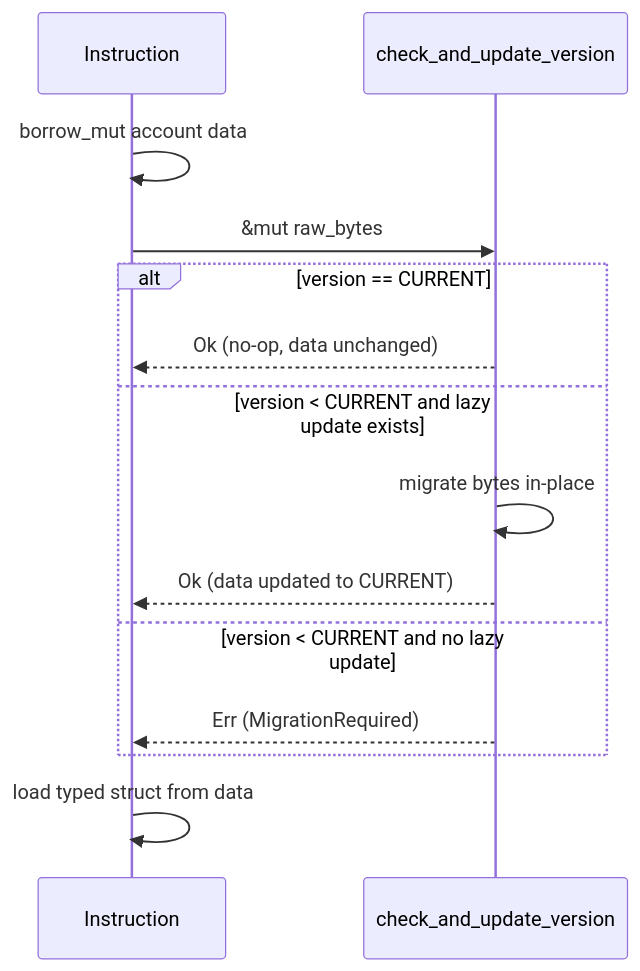
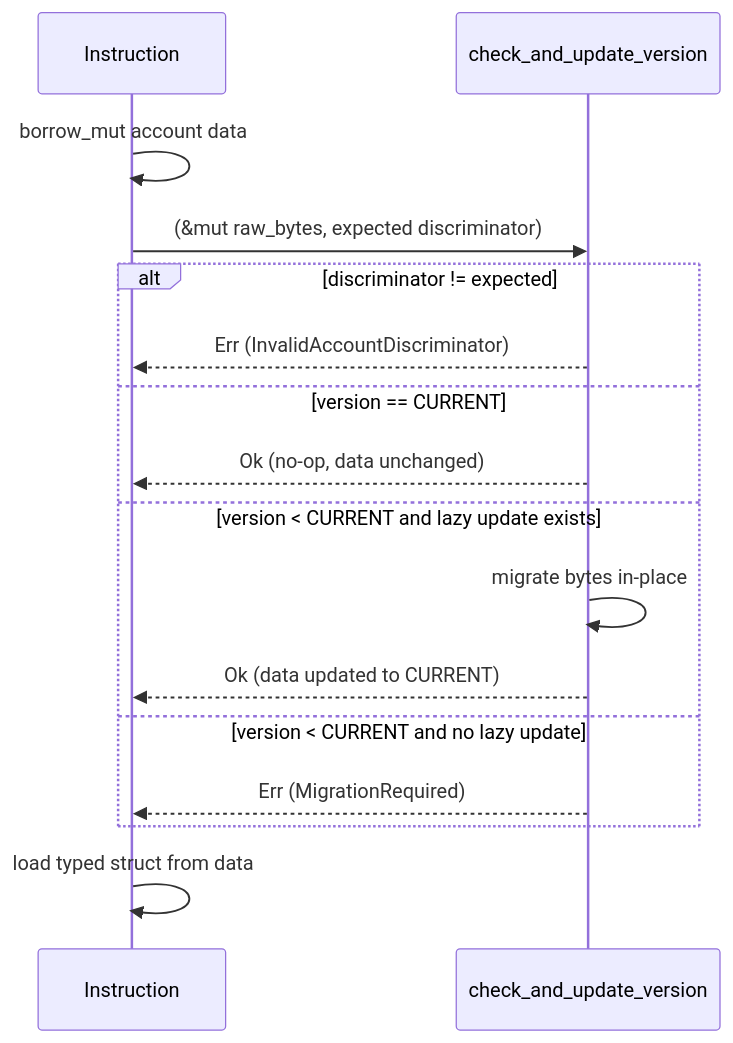
Before and after one commit to solana-foundation/subscriptions: the third of 3 diagrams in docs/003-versioning-migration-architecture.md, drawn with Mermaid. The commit also changed other lines of this file and 72 other files, not shown here.

````diff
--- a/docs/003-versioning-migration-architecture.md
+++ b/docs/003-versioning-migration-architecture.md
@@ -104,17 +107,19 @@
 ```mermaid
 sequenceDiagram
     participant IX as Instruction
     participant V as check_and_update_version
 
     IX->>IX: borrow_mut account data
-    IX->>V: &mut raw_bytes
-    alt version == CURRENT
+    IX->>V: (&mut raw_bytes, expected discriminator)
+    alt discriminator != expected
+        V-->>IX: Err (InvalidAccountDiscriminator)
+    else version == CURRENT
         V-->>IX: Ok (no-op, data unchanged)
     else version < CURRENT and lazy update exists
         V->>V: migrate bytes in-place
         V-->>IX: Ok (data updated to CURRENT)
     else version < CURRENT and no lazy update
         V-->>IX: Err (MigrationRequired)
     end
     IX->>IX: load typed struct from data
 ```
````
